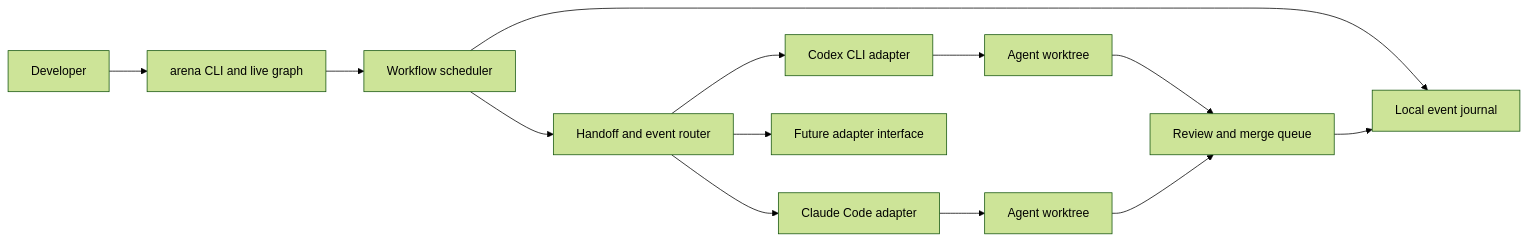
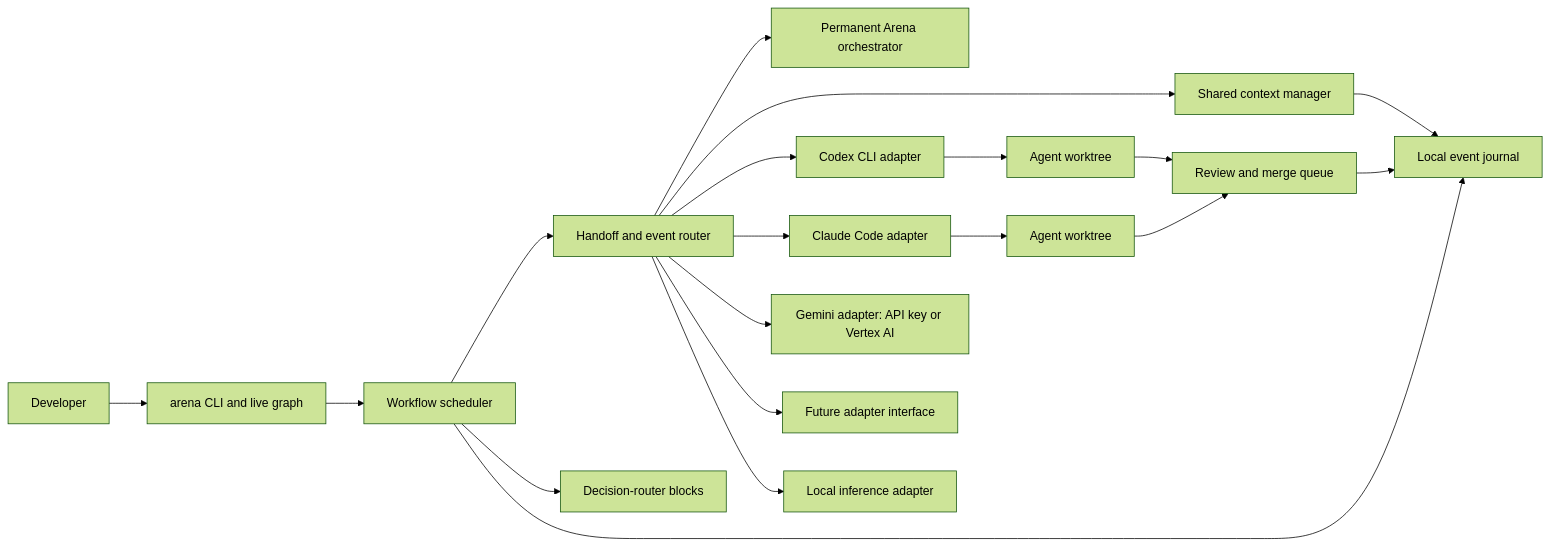
One commit to Kayyo321/agent-arena changed the diagram in docs/ARCHITECTURE.md. Above: the diagram before and after it, drawn with Mermaid (forest theme). The commit also changed other lines of this file and 22 other files, not shown here.

Commit message:
Document shared context, routing, local models, and setup guidance

````diff
--- a/docs/ARCHITECTURE.md
+++ b/docs/ARCHITECTURE.md
@@ -7,15 +7,21 @@
 ```mermaid
 flowchart LR
   User[Developer] --> TUI[arena CLI and live graph]
   TUI --> Scheduler[Workflow scheduler]
   Scheduler --> Router[Handoff and event router]
+  Scheduler --> Decisions[Decision-router blocks]
+  Router --> Control[Permanent Arena orchestrator]
+  Router --> Context[Shared context manager]
   Router --> Codex[Codex CLI adapter]
   Router --> Claude[Claude Code adapter]
+  Router --> Gemini[Gemini adapter: API key or Vertex AI]
   Router --> Custom[Future adapter interface]
+  Router --> Local[Local inference adapter]
   Codex --> WT1[Agent worktree]
   Claude --> WT2[Agent worktree]
   WT1 --> Queue[Review and merge queue]
   WT2 --> Queue
   Scheduler --> Journal[Local event journal]
   Queue --> Journal
+  Context --> Journal
 ```
````
